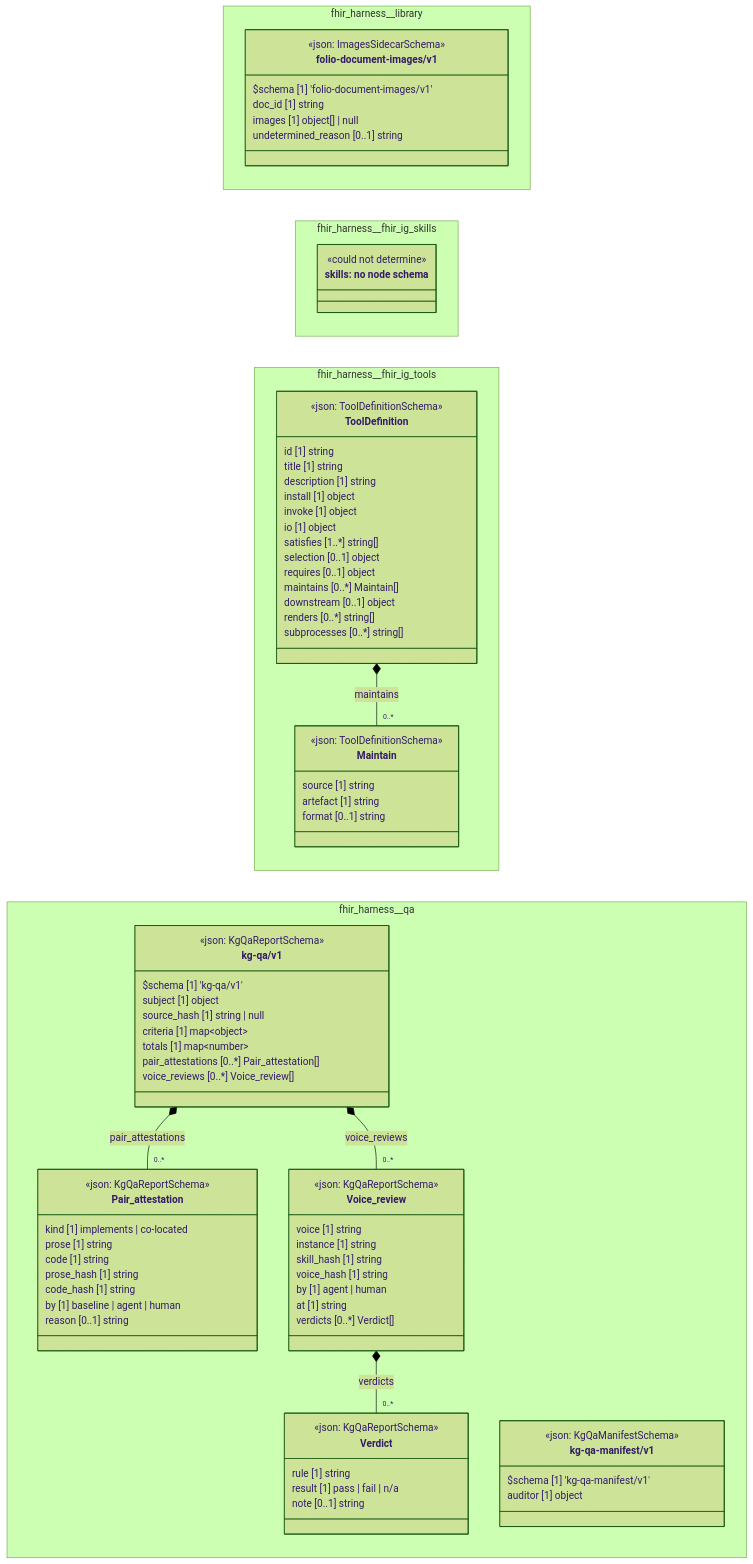
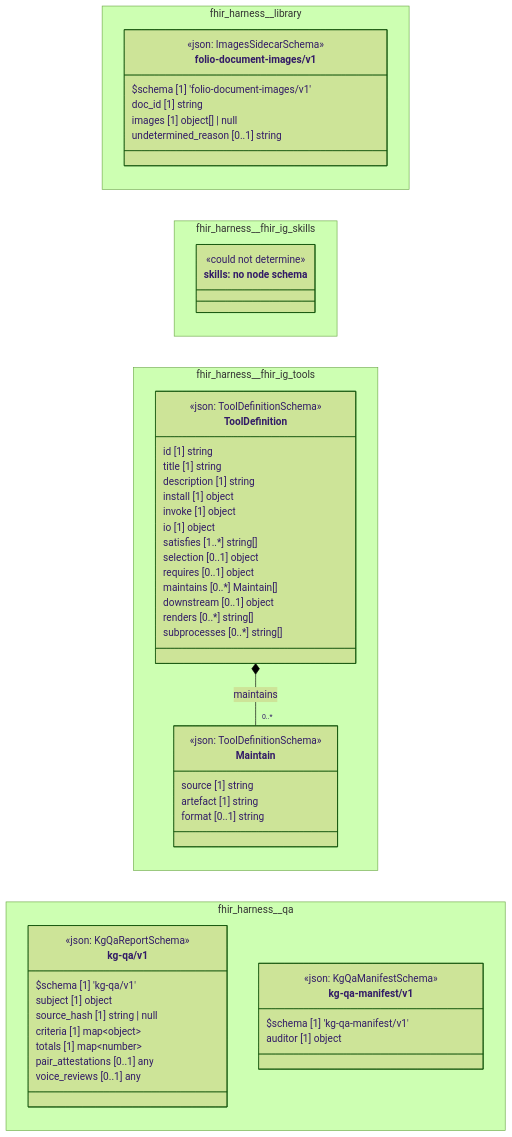
The diagram in cat-harness/docs/uml/overview/fhir-harness.md (litlfred/folio-assistant), drawn with Mermaid (forest theme) before and after one commit. The commit also changed 234 other files, not shown here.

````diff
--- a/cat-harness/docs/uml/overview/fhir-harness.md
+++ b/cat-harness/docs/uml/overview/fhir-harness.md
@@ -87,32 +87,6 @@
     }
   }
   namespace fhir_harness__qa {
-    class fhir_harness_qa_kg_qa_v1_Pair_attestation["Pair_attestation"] {
-      <<json: KgQaReportSchema>>
-      kind [1] implements | co-located
-      prose [1] string
-      code [1] string
-      prose_hash [1] string
-      code_hash [1] string
-      by [1] baseline | agent | human
-      reason [0..1] string
-    }
-    class fhir_harness_qa_kg_qa_v1_Verdict["Verdict"] {
-      <<json: KgQaReportSchema>>
-      rule [1] string
-      result [1] pass | fail | n/a
-      note [0..1] string
-    }
-    class fhir_harness_qa_kg_qa_v1_Voice_review["Voice_review"] {
-      <<json: KgQaReportSchema>>
-      voice [1] string
-      instance [1] string
-      skill_hash [1] string
-      voice_hash [1] string
-      by [1] agent | human
-      at [1] string
-      verdicts [0..*] Verdict[]
-    }
     class fhir_harness_qa_kg_qa_v1_kg_qa_v1["kg-qa/v1"] {
       <<json: KgQaReportSchema>>
       $schema [1] 'kg-qa/v1'
@@ -120,8 +94,8 @@
       source_hash [1] string | null
       criteria [1] map~object~
       totals [1] map~number~
-      pair_attestations [0..*] Pair_attestation[]
-      voice_reviews [0..*] Voice_review[]
+      pair_attestations [0..1] any
+      voice_reviews [0..1] any
     }
     class fhir_harness_qa_kg_qa_manifest_v1_kg_qa_manifest_v1["kg-qa-manifest/v1"] {
       <<json: KgQaManifestSchema>>
@@ -135,12 +109,6 @@
   fhir_harness_fhir_ig_tools_ToolDefinition *-- "0..*" fhir_harness_fhir_ig_tools_Maintain : maintains
   cssClass "fhir_harness_fhir_ig_tools_Maintain" fa_uml_kind_tools
   cssClass "fhir_harness_fhir_ig_tools_ToolDefinition" fa_uml_kind_tools
-  fhir_harness_qa_kg_qa_v1_kg_qa_v1 *-- "0..*" fhir_harness_qa_kg_qa_v1_Pair_attestation : pair_attestations
-  fhir_harness_qa_kg_qa_v1_Voice_review *-- "0..*" fhir_harness_qa_kg_qa_v1_Verdict : verdicts
-  fhir_harness_qa_kg_qa_v1_kg_qa_v1 *-- "0..*" fhir_harness_qa_kg_qa_v1_Voice_review : voice_reviews
-  cssClass "fhir_harness_qa_kg_qa_v1_Pair_attestation" fa_uml_kind_qa
-  cssClass "fhir_harness_qa_kg_qa_v1_Verdict" fa_uml_kind_qa
-  cssClass "fhir_harness_qa_kg_qa_v1_Voice_review" fa_uml_kind_qa
   cssClass "fhir_harness_qa_kg_qa_v1_kg_qa_v1" fa_uml_kind_qa
   cssClass "fhir_harness_qa_kg_qa_manifest_v1_kg_qa_manifest_v1" fa_uml_kind_qa
 ```
````
